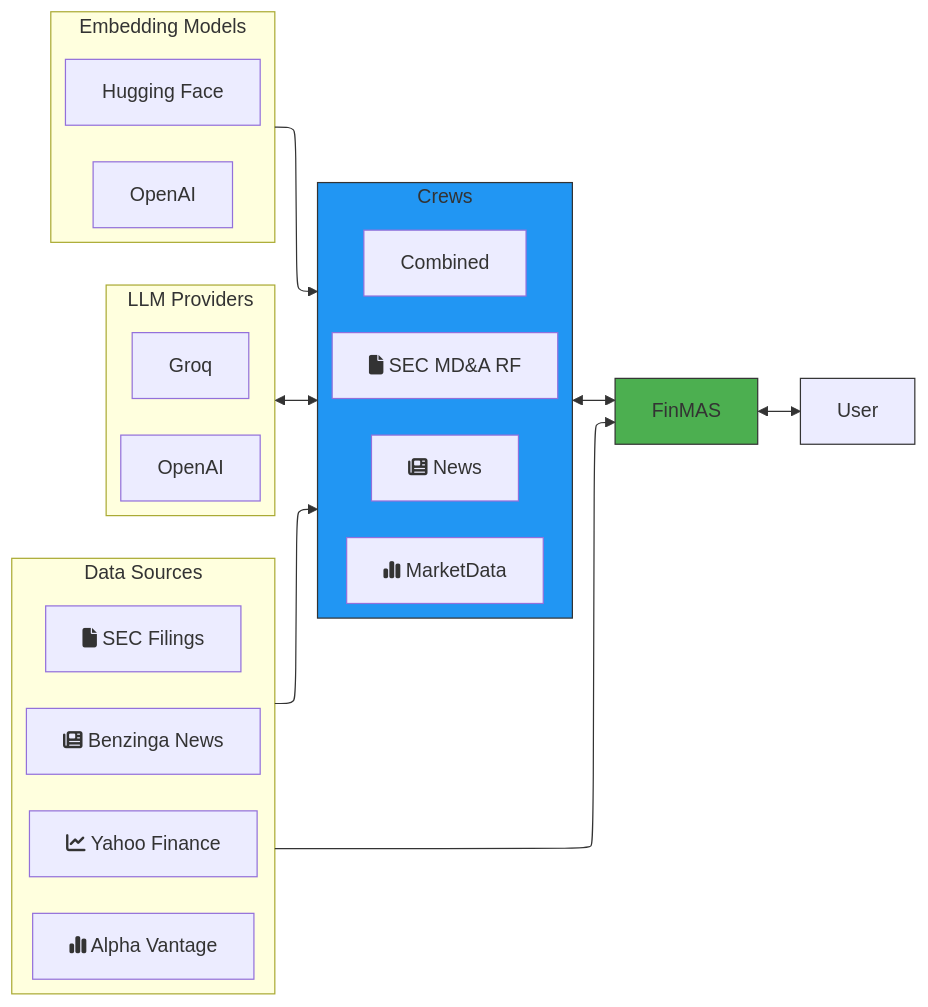
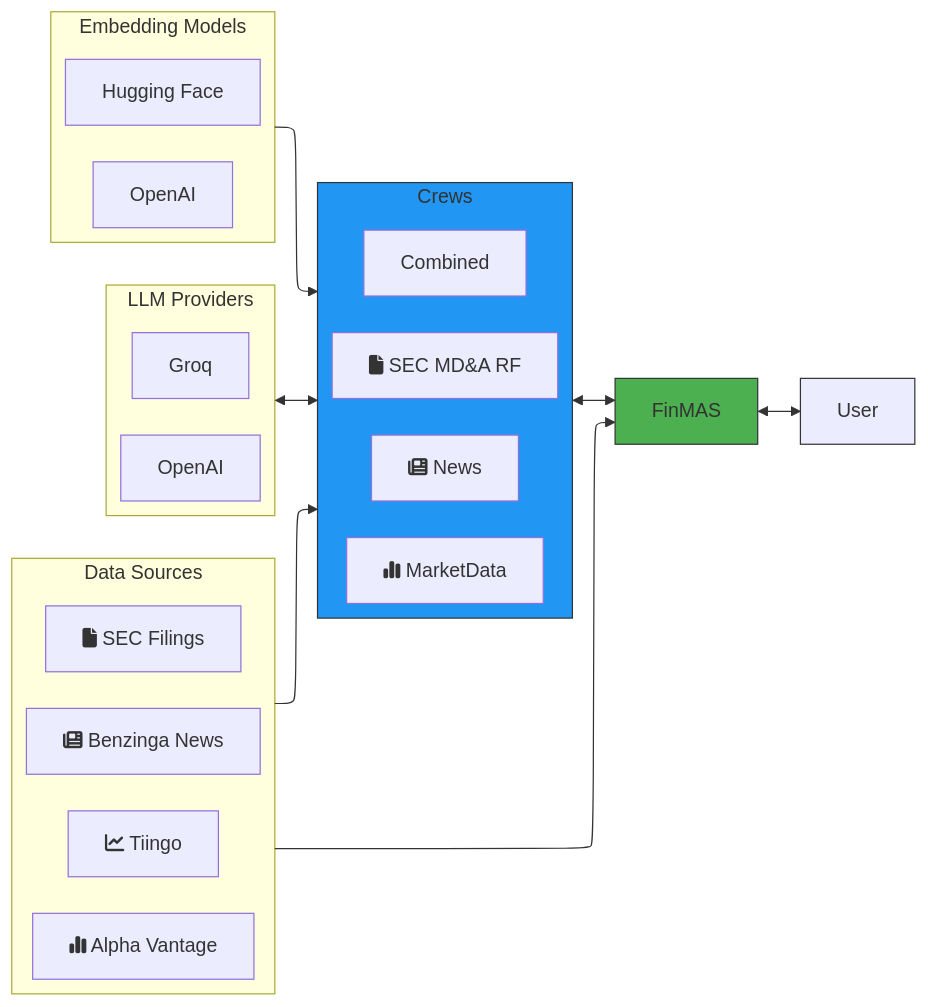
One commit to ivarurdalen/finmas changed the diagram in docs/include/diagrams/finmas_architecture_app.mmd. Above: the diagram before and after it, drawn with Mermaid. The commit also changed 7 other files, not shown here.

Commit message:
:memo: docs: change all references from Yahoo Finance to Tiingo for price data

```diff
--- a/docs/include/diagrams/finmas_architecture_app.mmd
+++ b/docs/include/diagrams/finmas_architecture_app.mmd
@@ -1,35 +1,35 @@
 ---
 config:
   layout: elk
   theme: default
 ---
 flowchart LR
   subgraph DS["Data Sources"]
         Benzinga["fa:fa-newspaper Benzinga News"]
-        YF["fa:fa-chart-line Yahoo Finance"]
+        YF["fa:fa-chart-line Tiingo"]
         SEC["fa:fa-file SEC Filings"]
         AV["fa:fa-chart-simple Alpha Vantage"]
   end
   subgraph Crews["Crews"]
         SECCrew["fa:fa-file SEC MD&A RF"]
         News["fa:fa-newspaper News"]
         Combined["Combined"]
         MarketData["fa:fa-chart-simple MarketData"]
   end
   subgraph LLMs["LLM Providers"]
         Groq["Groq"]
         OpenAI["OpenAI"]
   end
   subgraph embeddings["Embedding Models "]
         HF["Hugging Face"]
         OpenAIembeddings["OpenAI"]
   end
     Crews <--> FinMAS["FinMAS"]
     DS --> Crews & FinMAS
     FinMAS <--> User
     LLMs <--> Crews
     embeddings --> Crews
     User
     style FinMAS fill:#4CAF50,stroke:#333
     style Crews fill:#2196F3,stroke:#333
     style User stroke:#333
```
